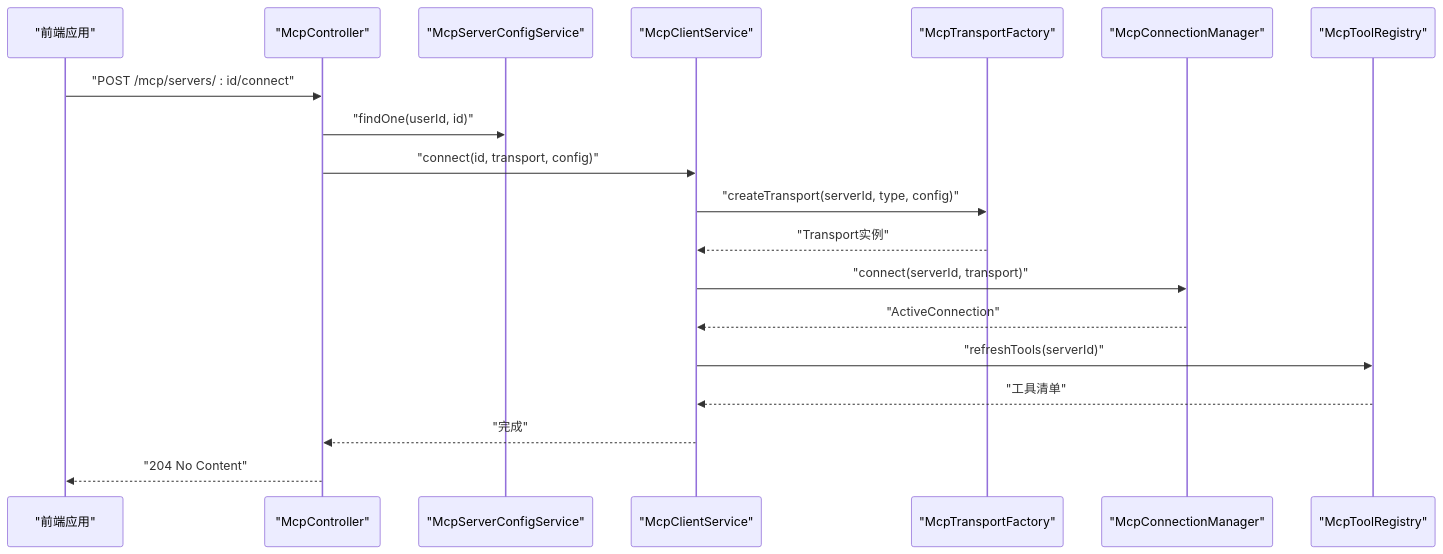
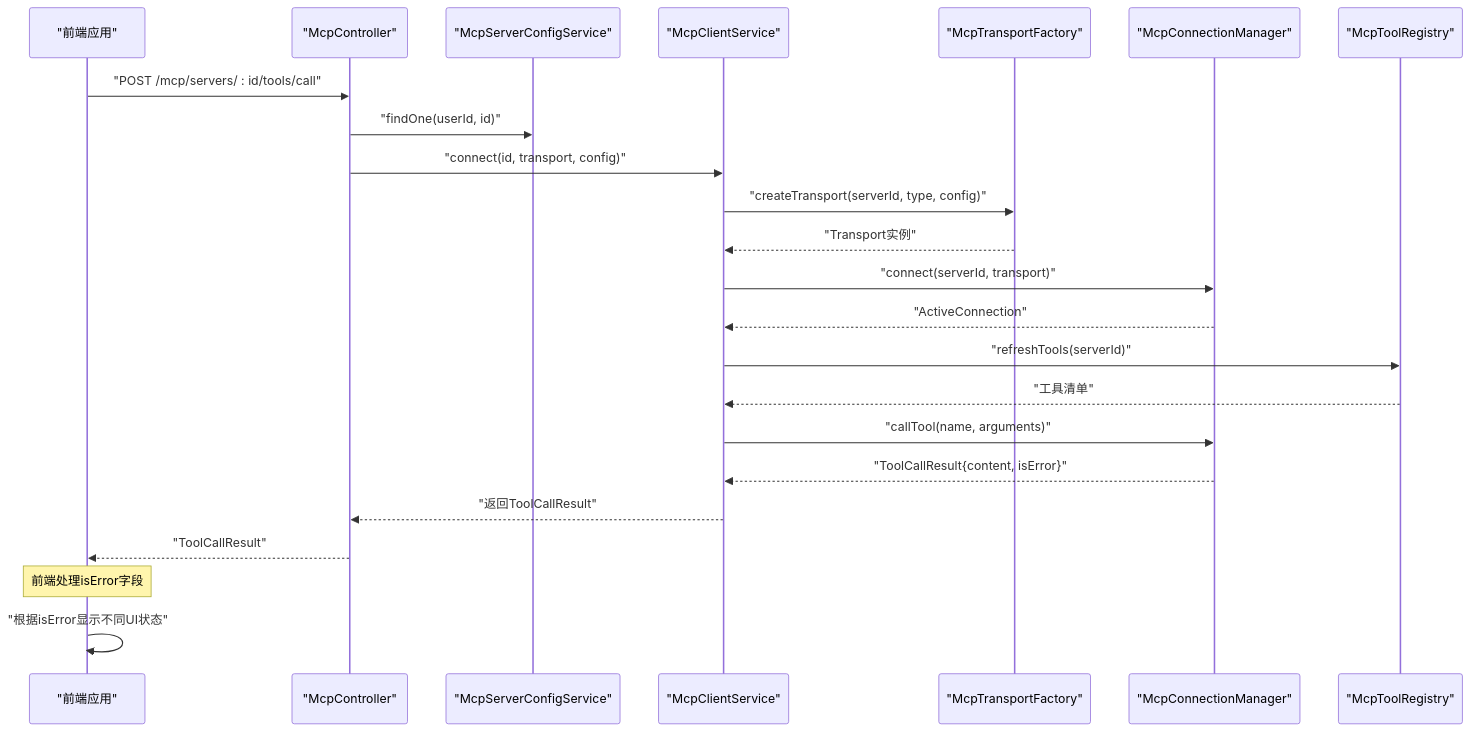
One commit to xixixiaoyu/Todo changed the second of 4 diagrams in .qoder/repowiki/zh/content/API参考/REST API/MCP工具API.md. Above: the diagram before and after it, drawn with Mermaid. The commit also changed other lines of this file and 3 other files, not shown here.

````diff
--- a/.qoder/repowiki/zh/content/API参考/REST API/MCP工具API.md
+++ b/.qoder/repowiki/zh/content/API参考/REST API/MCP工具API.md
@@ -115,21 +133,25 @@
 ```mermaid
 sequenceDiagram
 participant FE as "前端应用"
 participant API as "McpController"
 participant CFG as "McpServerConfigService"
 participant CLI as "McpClientService"
 participant FAC as "McpTransportFactory"
 participant CON as "McpConnectionManager"
 participant REG as "McpToolRegistry"
-FE->>API : "POST /mcp/servers/ : id/connect"
+FE->>API : "POST /mcp/servers/ : id/tools/call"
 API->>CFG : "findOne(userId, id)"
 API->>CLI : "connect(id, transport, config)"
 CLI->>FAC : "createTransport(serverId, type, config)"
 FAC-->>CLI : "Transport实例"
 CLI->>CON : "connect(serverId, transport)"
 CON-->>CLI : "ActiveConnection"
 CLI->>REG : "refreshTools(serverId)"
 REG-->>CLI : "工具清单"
-CLI-->>API : "完成"
-API-->>FE : "204 No Content"
+CLI->>CON : "callTool(name, arguments)"
+CON-->>CLI : "ToolCallResult{content, isError}"
+CLI-->>API : "返回ToolCallResult"
+API-->>FE : "ToolCallResult"
+Note over FE : 前端处理isError字段
+FE->>FE : "根据isError显示不同UI状态"
 ```
````
